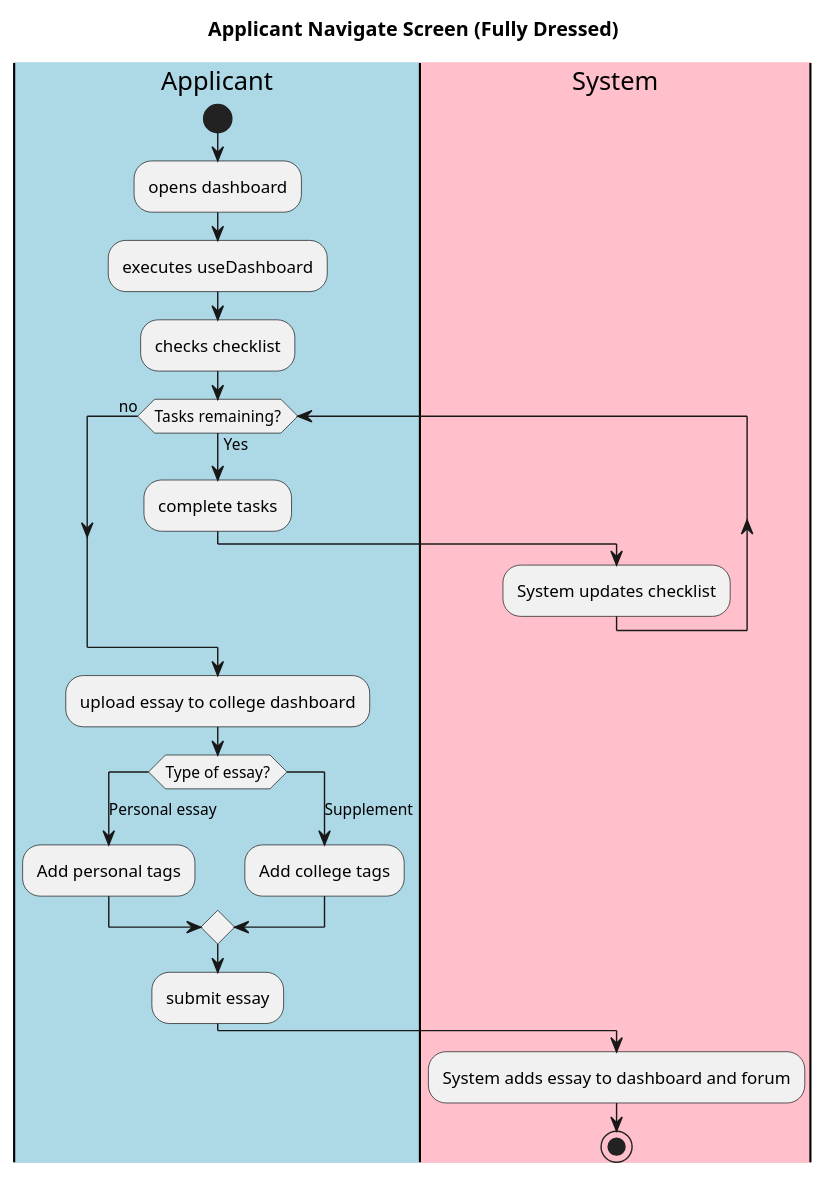
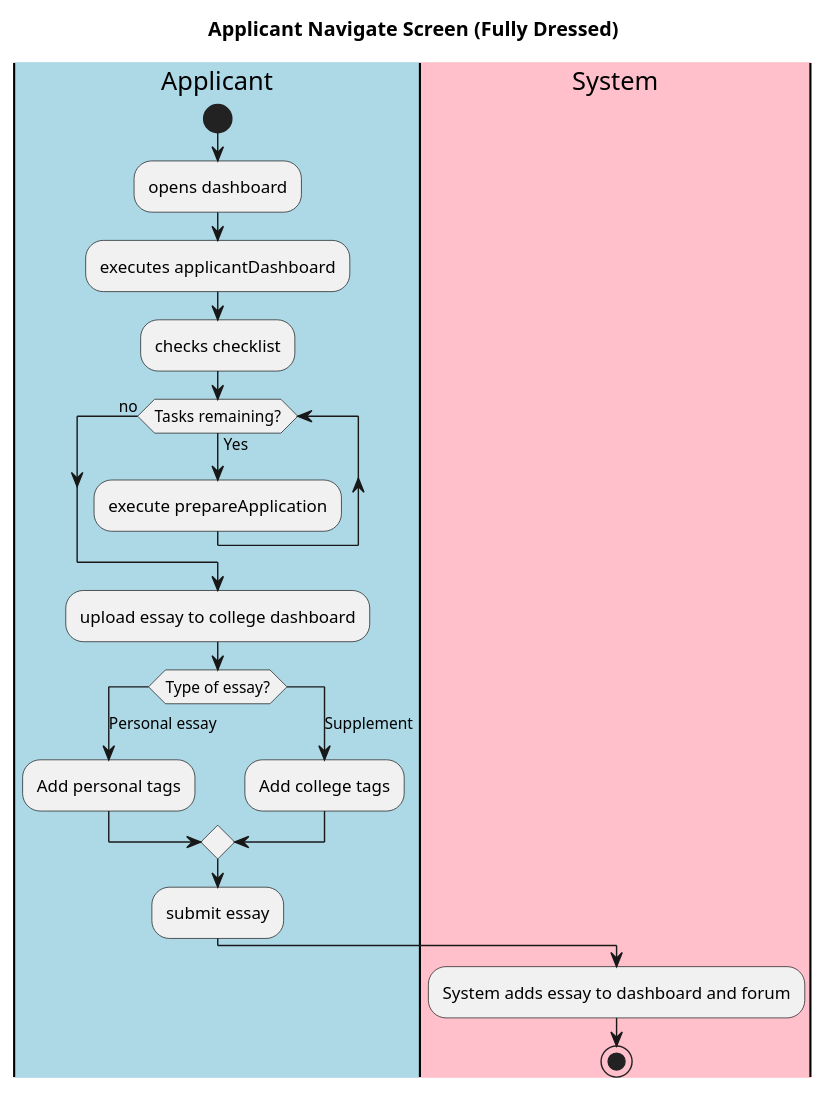
Before and after one commit to jlederer33/Essay-Review-App: the diagram in intellij/doc/use-cases/applicantnavigate.md, drawn with PlantUML. The commit also changed 1 other file, not shown here.

Commit message:
Edited Use-cases

````diff
--- a/intellij/doc/use-cases/applicantnavigate.md
+++ b/intellij/doc/use-cases/applicantnavigate.md
@@ -2,30 +2,29 @@
 ```plantuml
 title Applicant Navigate Screen (Fully Dressed)
 |#lightblue|Applicant| 
 |#pink|System|
 
 |Applicant|
 start
 :opens dashboard;
-:executes useDashboard;
+:executes applicantDashboard;
 |Applicant|
 :checks checklist;
 while (Tasks remaining?) is (Yes)
-:complete tasks;
-|System|
-:System updates checklist;
+:execute prepareApplication;
 endwhile(no)
 |Applicant|
+
 :upload essay to college dashboard;
 switch (Type of essay?)
 case (Personal essay)
 :Add personal tags;
 case (Supplement)
 :Add college tags;
 endswitch
 :submit essay;
 |System| 
 :System adds essay to dashboard and forum;
 stop
 
 ```
````
